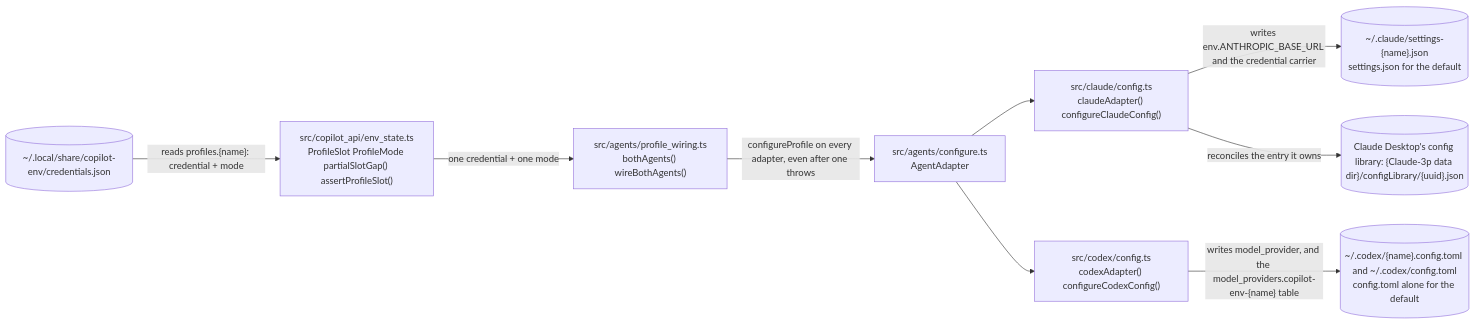
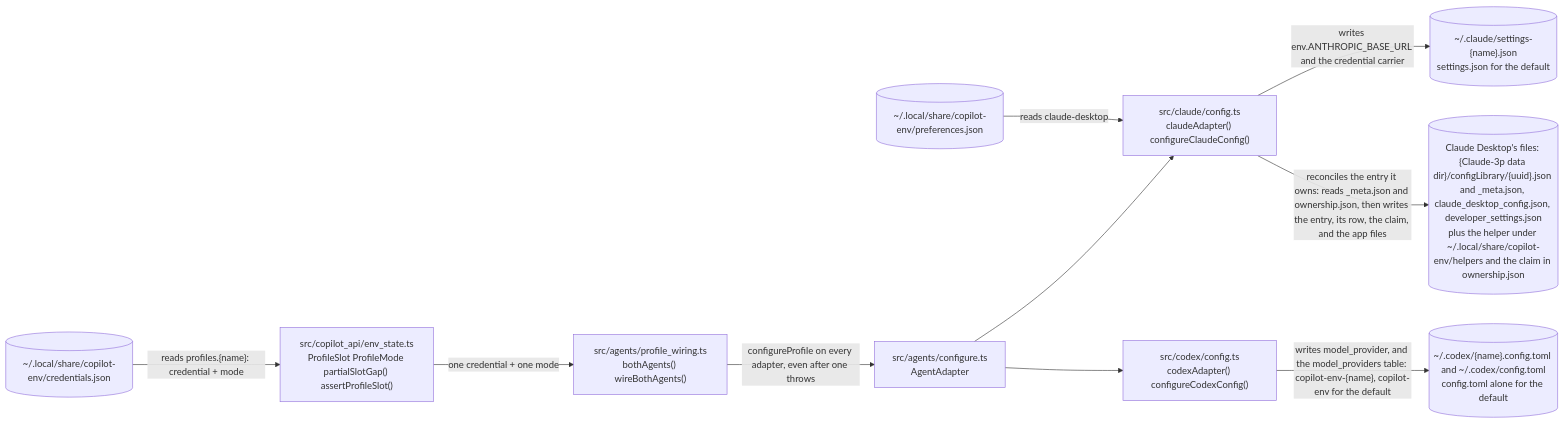
The third of 8 diagrams in docs/architecture.md (Vivswan/copilot-env), drawn with Mermaid before and after one commit. The commit also changed other lines of this file, not shown here.

Commit message:
docs: name the write owners and the daemon config the review found missing

````diff
--- a/docs/architecture.md
+++ b/docs/architecture.md
@@ -86,20 +90,22 @@
 ```mermaid
 flowchart LR
   credfile[("~/.local/share/copilot-env/credentials.json")]
+  prefs[("~/.local/share/copilot-env/preferences.json")]
   slot["src/copilot_api/env_state.ts<br>ProfileSlot ProfileMode partialSlotGap() assertProfileSlot()"]
   wire["src/agents/profile_wiring.ts<br>bothAgents() wireBothAgents()"]
   adapter["src/agents/configure.ts<br>AgentAdapter"]
   claude["src/claude/config.ts<br>claudeAdapter() configureClaudeConfig()"]
   codex["src/codex/config.ts<br>codexAdapter() configureCodexConfig()"]
   claudefile[("~/.claude/settings-{name}.json<br>settings.json for the default")]
-  desktop[("Claude Desktop's config library: {Claude-3p data dir}/configLibrary/{uuid}.json")]
+  desktop[("Claude Desktop's files: {Claude-3p data dir}/configLibrary/{uuid}.json and _meta.json, claude_desktop_config.json, developer_settings.json<br>plus the helper under ~/.local/share/copilot-env/helpers and the claim in ownership.json")]
   codexfile[("~/.codex/{name}.config.toml and ~/.codex/config.toml<br>config.toml alone for the default")]
   credfile -->|"reads profiles.{name}: credential + mode"| slot
+  prefs -->|"reads claude-desktop"| claude
   slot -->|"one credential + one mode"| wire
   wire -->|"configureProfile on every adapter, even after one throws"| adapter
   adapter --> claude
   adapter --> codex
   claude -->|"writes env.ANTHROPIC_BASE_URL and the credential carrier"| claudefile
-  claude -->|"reconciles the entry it owns"| desktop
-  codex -->|"writes model_provider, and the model_providers.copilot-env-{name} table"| codexfile
+  claude -->|"reconciles the entry it owns: reads _meta.json and ownership.json, then writes the entry, its row, the claim, and the app files"| desktop
+  codex -->|"writes model_provider, and the model_providers table: copilot-env-{name}, copilot-env for the default"| codexfile
 ```
````
